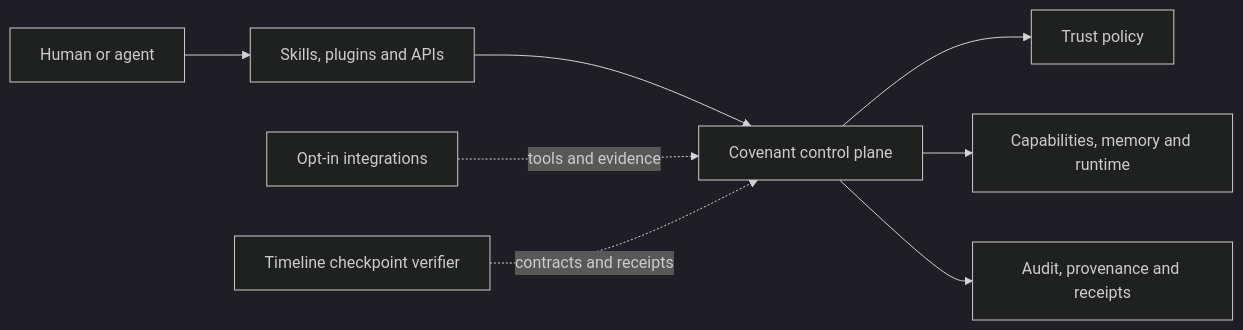
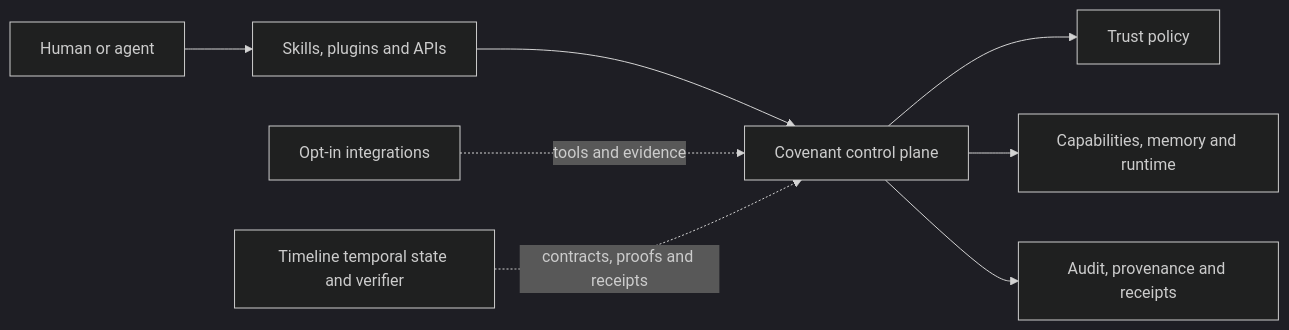
The diagram in profile/README.md (open-covenant/.github), drawn with Mermaid (dark theme) before and after one commit. The commit also changed other lines of this file, not shown here.

Commit message:
update timeline project direction

````diff
--- a/profile/README.md
+++ b/profile/README.md
@@ -45,10 +54,10 @@
 ```mermaid
 flowchart LR
     operator["Human or agent"] --> entry["Skills, plugins and APIs"]
     entry --> core["Covenant control plane"]
     core --> trust["Trust policy"]
     core --> runtime["Capabilities, memory and runtime"]
     core --> evidence["Audit, provenance and receipts"]
     integrations["Opt-in integrations"] -. tools and evidence .-> core
-    timeline["Timeline checkpoint verifier"] -. contracts and receipts .-> core
+    timeline["Timeline temporal state and verifier"] -. contracts, proofs and receipts .-> core
 ```
````
